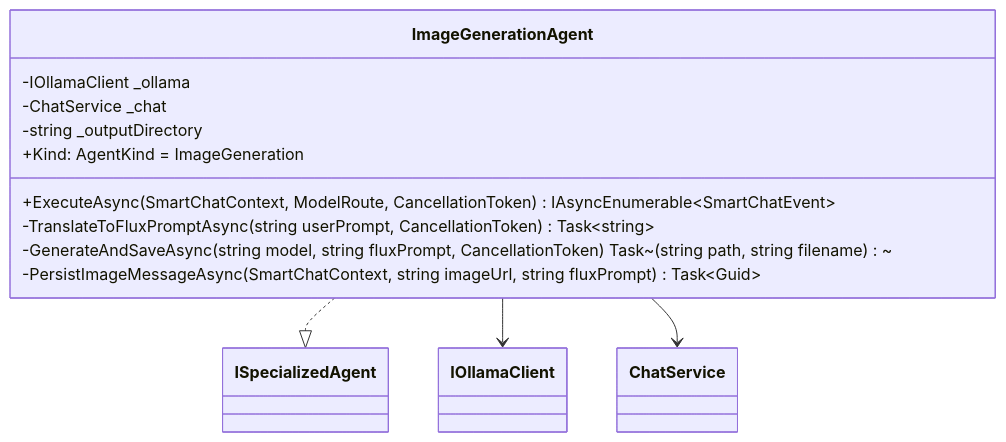
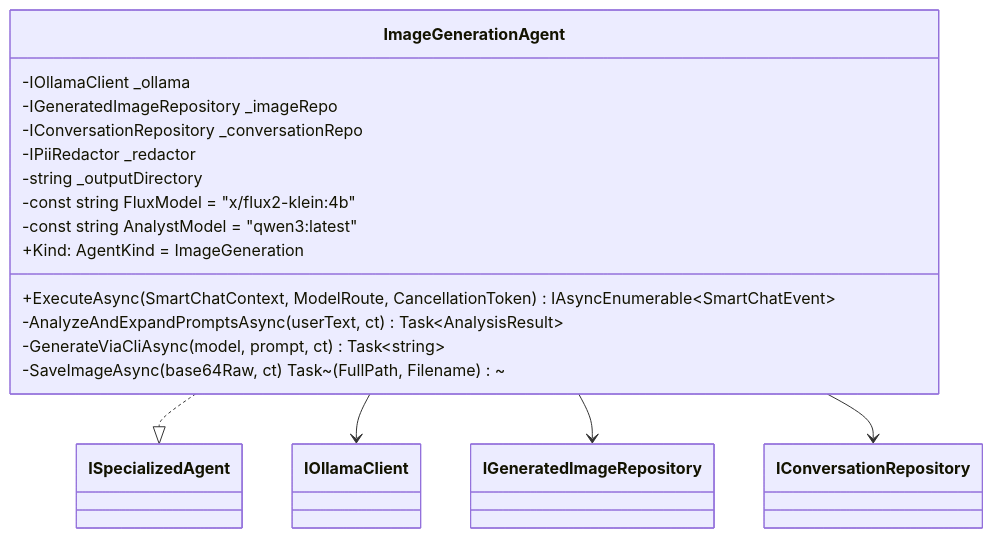
The ninth of 19 diagrams in docs/AGENT_2_AGENT_ARCHITECTURE.md (ekanatha-urivakili/EminentAiAgent), drawn with Mermaid before and after one commit. The commit also changed other lines of this file and 15 other files, not shown here.

Commit message:
image generation model

````diff
--- a/docs/AGENT_2_AGENT_ARCHITECTURE.md
+++ b/docs/AGENT_2_AGENT_ARCHITECTURE.md
@@ -835,17 +841,22 @@
 ```mermaid
 classDiagram
     class ImageGenerationAgent {
         -IOllamaClient _ollama
-        -ChatService _chat
+        -IGeneratedImageRepository _imageRepo
+        -IConversationRepository _conversationRepo
+        -IPiiRedactor _redactor
         -string _outputDirectory
+        -const string FluxModel = "x/flux2-klein:4b"
+        -const string AnalystModel = "qwen3:latest"
         +Kind: AgentKind = ImageGeneration
         +ExecuteAsync(SmartChatContext, ModelRoute, CancellationToken) IAsyncEnumerable~SmartChatEvent~
-        -TranslateToFluxPromptAsync(string userPrompt, CancellationToken) Task~string~
-        -GenerateAndSaveAsync(string model, string fluxPrompt, CancellationToken) Task~(string path, string filename)~
-        -PersistImageMessageAsync(SmartChatContext, string imageUrl, string fluxPrompt) Task~Guid~
+        -AnalyzeAndExpandPromptsAsync(userText, ct) Task~AnalysisResult~
+        -GenerateViaCliAsync(model, prompt, ct) Task~string~
+        -SaveImageAsync(base64Raw, ct) Task~(FullPath, Filename)~
     }
 
     ImageGenerationAgent ..|> ISpecializedAgent
     ImageGenerationAgent --> IOllamaClient
-    ImageGenerationAgent --> ChatService
+    ImageGenerationAgent --> IGeneratedImageRepository
+    ImageGenerationAgent --> IConversationRepository
 ```
````
